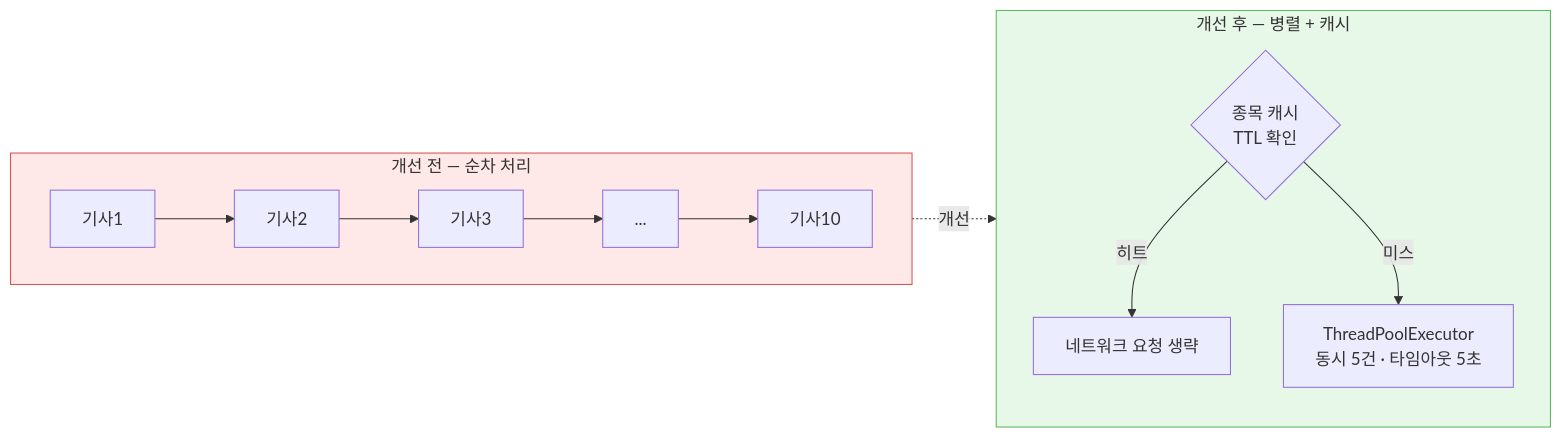
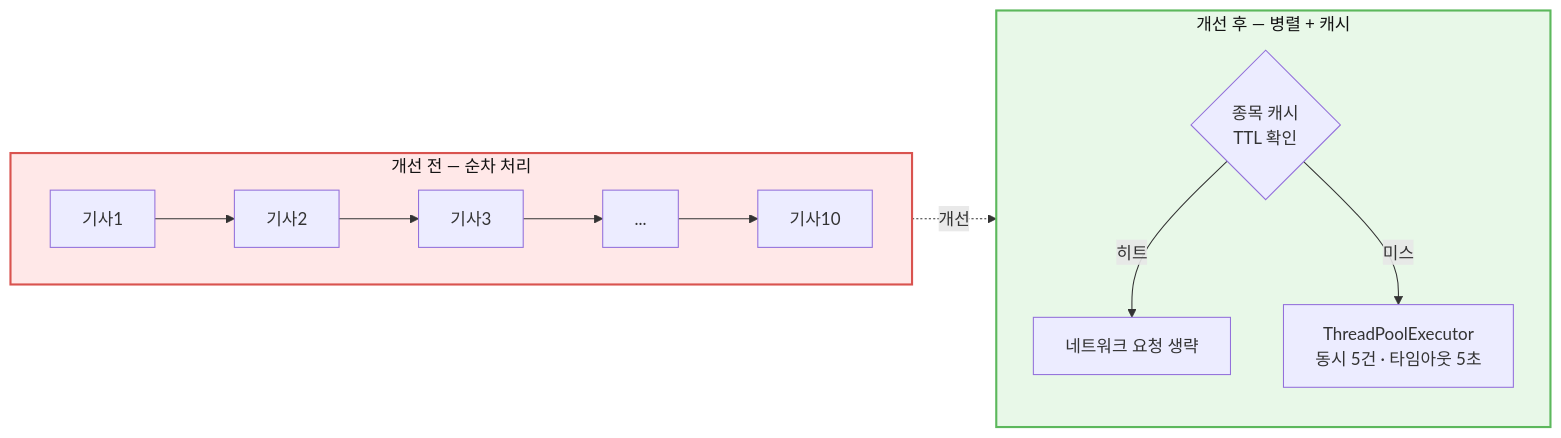
One commit to Dongju-00/eric-chatagent changed the seventh of 10 diagrams in README.md. Above: the diagram before and after it, drawn with Mermaid. The commit also changed other lines of this file, not shown here.

````diff
--- a/README.md
+++ b/README.md
@@ -324,19 +327,19 @@
 ```mermaid
 flowchart LR
     subgraph BEFORE["개선 전 — 순차 처리"]
         direction LR
         A1[기사1] --> A2[기사2] --> A3[기사3] --> A4[...] --> A10[기사10]
     end
 
     subgraph AFTER["개선 후 — 병렬 + 캐시"]
         direction TB
         C{종목 캐시<br/>TTL 확인}
         C -->|히트| SKIP[네트워크 요청 생략]
         C -->|미스| POOL[ThreadPoolExecutor<br/>동시 5건 · 타임아웃 5초]
     end
 
     BEFORE -.->|개선| AFTER
 
-    style BEFORE fill:#ffe8e8,stroke:#d9534f
-    style AFTER fill:#e8f8e8,stroke:#5cb85c
+    style BEFORE fill:#ffe8e8,stroke:#d9534f,stroke-width:2px,color:#111111
+    style AFTER fill:#e8f8e8,stroke:#5cb85c,stroke-width:2px,color:#111111
 ```
````
